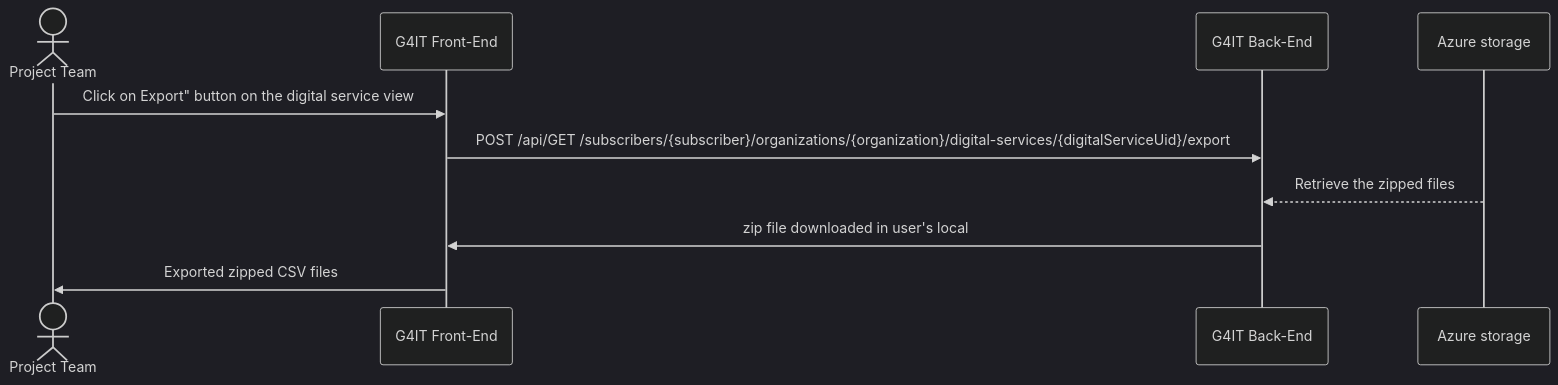
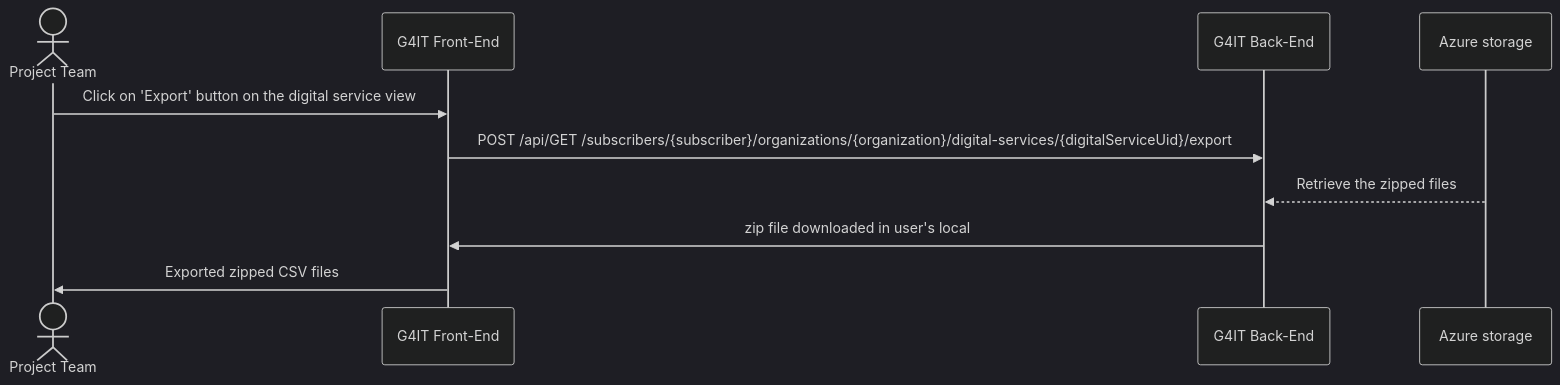
The second of 2 diagrams in services/documentation/content/2-functional-documentation/use_cases/uc_digital_services/uc6_export_digital_service.md (teamg4it/g4it), drawn with Mermaid (dark theme) before and after one commit.

```diff
--- a/services/documentation/content/2-functional-documentation/use_cases/uc_digital_services/uc6_export_digital_service.md
+++ b/services/documentation/content/2-functional-documentation/use_cases/uc_digital_services/uc6_export_digital_service.md
@@ -54,14 +54,14 @@
 {{< mermaid >}}
 sequenceDiagram
 actor RND as Project Team
 participant front as G4IT Front-End
 participant back as G4IT Back-End
 participant Azure storage
 
-    RND ->> front: Click on Export" button on the digital service view
+    RND ->> front: Click on 'Export' button on the digital service view
     front ->> back: POST /api/GET /subscribers/{subscriber}/organizations/{organization}/digital-services/{digitalServiceUid}/export
     Azure storage -->> back: Retrieve the zipped files
     back ->> front: zip file downloaded in user's local
     front ->> RND: Exported zipped CSV files
 
 {{</ mermaid >}}
```
